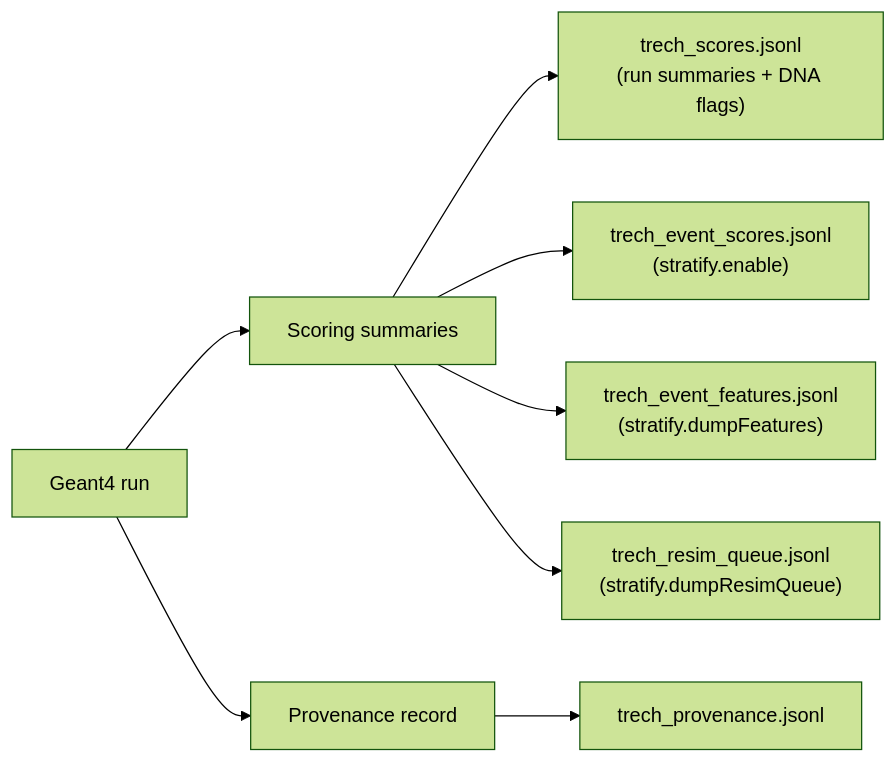
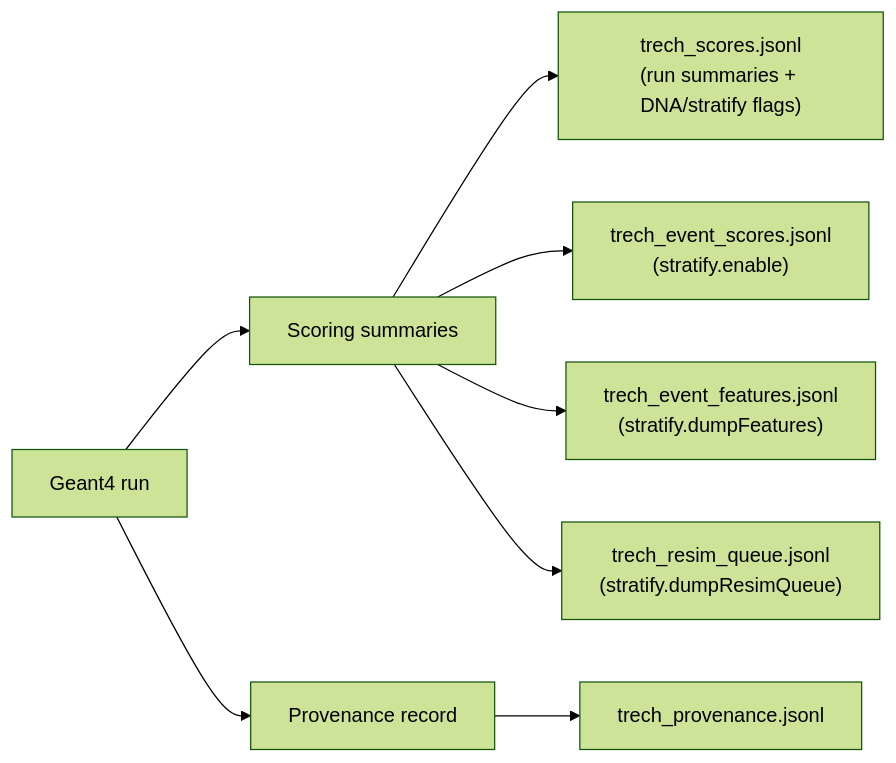
The fourth of 6 diagrams in CHARTS.md (Geckos-Ink/trech), drawn with Mermaid (forest theme) before and after one commit. The commit also changed 10 other files, not shown here.

First line of the commit message:
run-level stratification summaries

````diff
--- a/CHARTS.md
+++ b/CHARTS.md
@@ -83,10 +83,10 @@
 ```mermaid
 flowchart LR
   RUN["Geant4 run"] --> SCORING["Scoring summaries"]
   RUN --> PROV["Provenance record"]
-  SCORING --> S1["trech_scores.jsonl\n(run summaries + DNA flags)"]
+  SCORING --> S1["trech_scores.jsonl\n(run summaries + DNA/stratify flags)"]
   SCORING --> S2["trech_event_scores.jsonl\n(stratify.enable)"]
   SCORING --> S3["trech_event_features.jsonl\n(stratify.dumpFeatures)"]
   SCORING --> S4["trech_resim_queue.jsonl\n(stratify.dumpResimQueue)"]
   PROV --> P1["trech_provenance.jsonl"]
 ```
````
